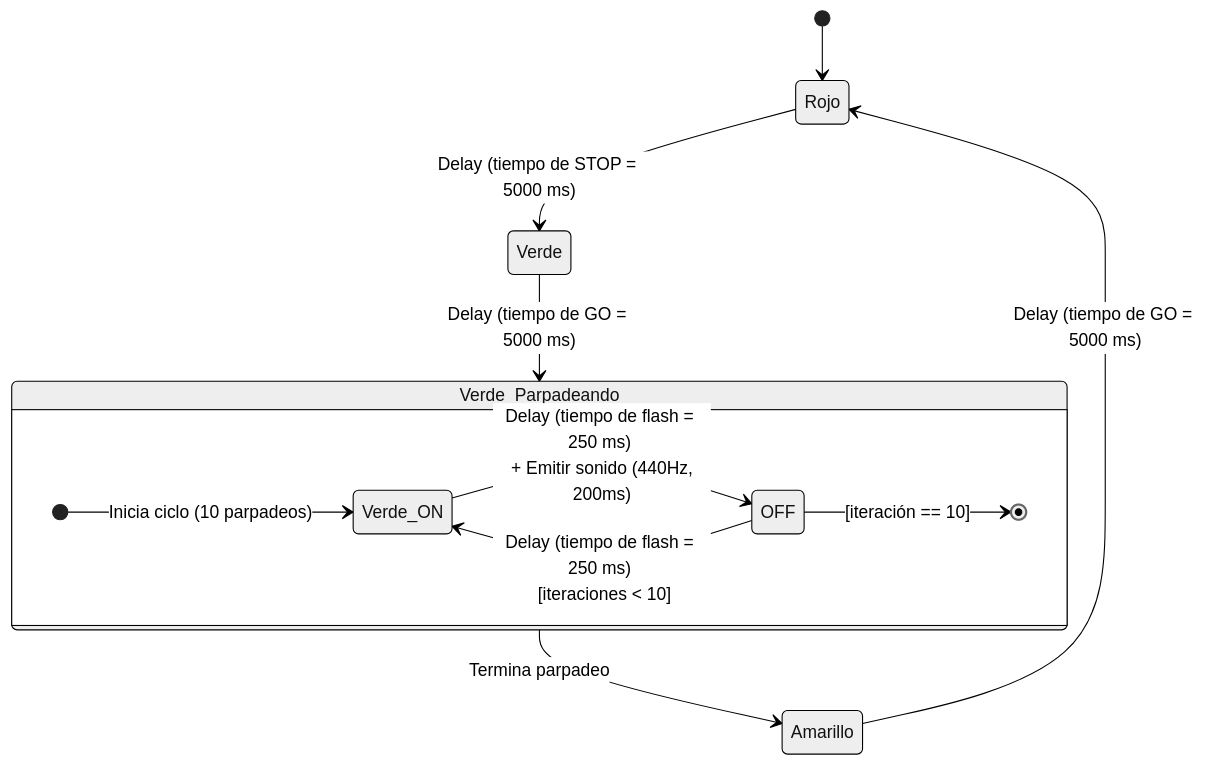
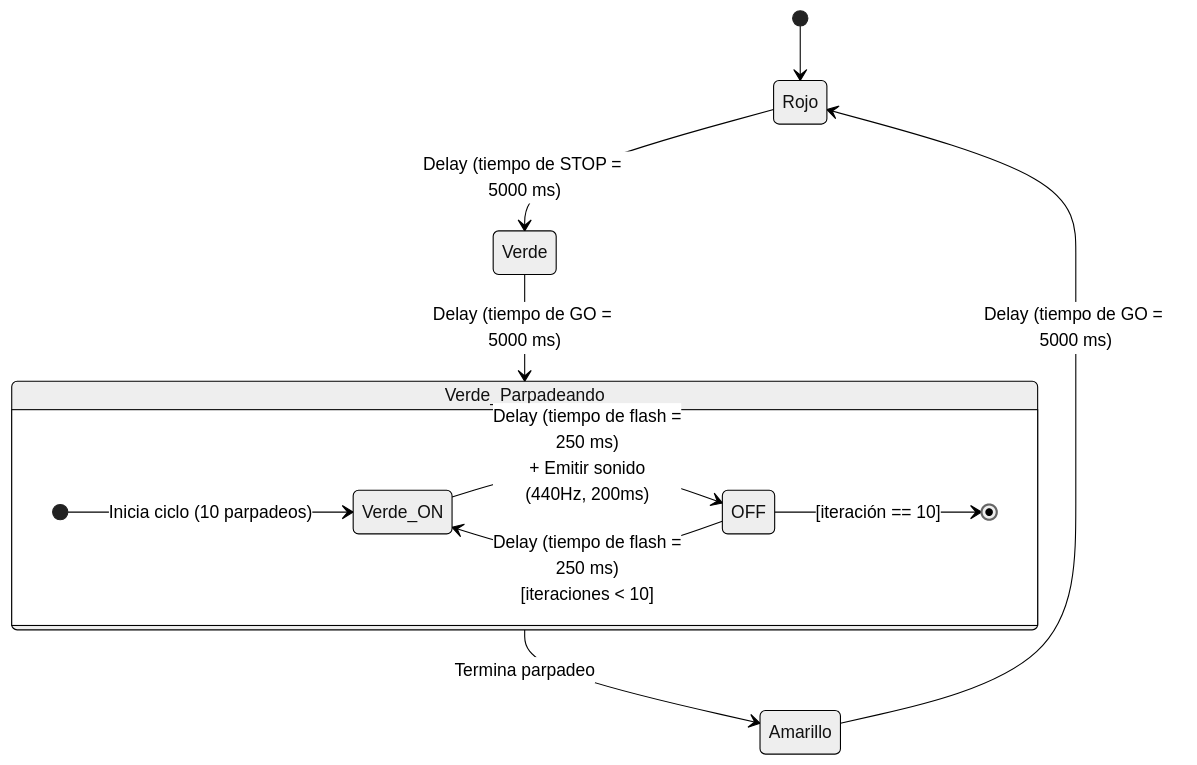
One commit to bji-ci0155-I-2026/lab-1-circuit-playground-classic changed the diagram in README.md. Above: the diagram before and after it, drawn with Mermaid (neutral theme).

Commit message:
fix: otro arreglo al mermaid de cambio de linea

````diff
--- a/README.md
+++ b/README.md
@@ -101,20 +101,20 @@
 ```mermaid
 stateDiagram-v2
     direction TB
     
     [*] --> Rojo
     
     Rojo --> Verde : Delay (tiempo de STOP = 5000 ms)
     Verde --> Verde_Parpadeando : Delay (tiempo de GO = 5000 ms)
     Verde_Parpadeando --> Amarillo : Termina parpadeo
     Amarillo --> Rojo : Delay (tiempo de GO = 5000 ms)
 
     state Verde_Parpadeando {
         direction LR
         [*] --> Verde_ON : Inicia ciclo (10 parpadeos)
         
-        Verde_ON --> OFF : Delay (tiempo de flash = 250 ms) <br> + Emitir sonido (440Hz, 200ms)
-        OFF --> Verde_ON : Delay (tiempo de flash = 250 ms) <br> [iteraciones < 10]
+        Verde_ON --> OFF : Delay (tiempo de flash = <br>250 ms) <br> + Emitir sonido <br>(440Hz, 200ms)
+        OFF --> Verde_ON : Delay (tiempo de flash = <br>250 ms) <br> [iteraciones < 10]
         OFF --> [*] : [iteración == 10]
     }
 ```
````
